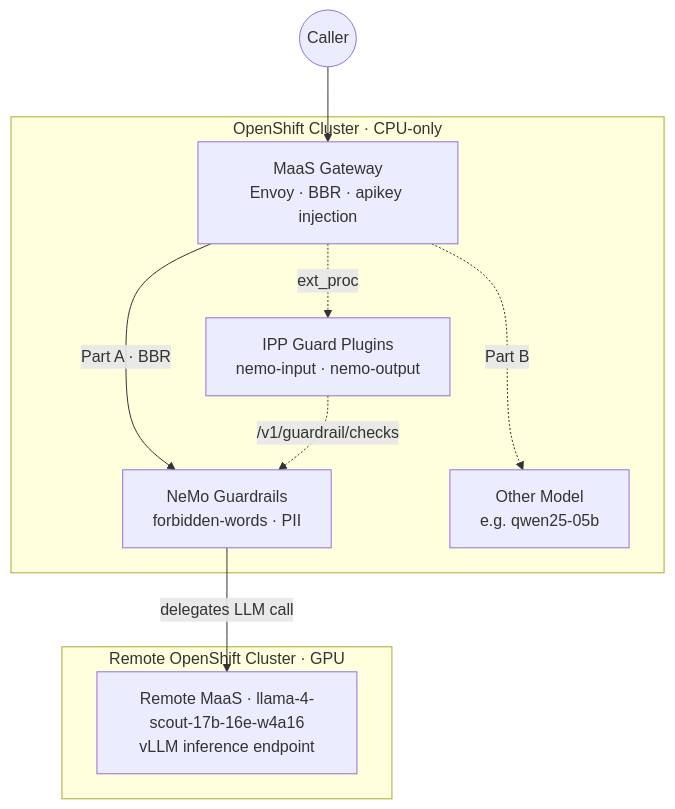
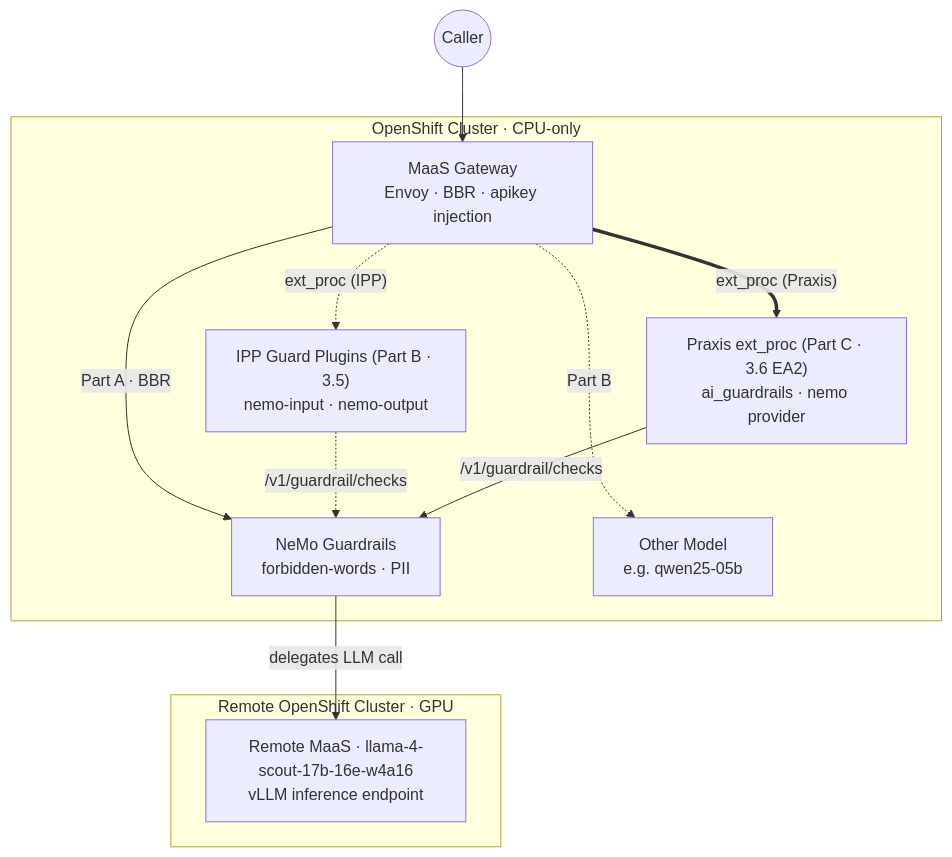
Before and after one commit to eformat/nemo-maas: the diagram in README.md, drawn with Mermaid. The commit also changed other lines of this file, not shown here.

Commit message:
🎯 add praxis-nemo gaurds🎯

````diff
--- a/README.md
+++ b/README.md
@@ -37,23 +37,27 @@
 ```mermaid
 flowchart TD
     caller(("Caller")) --> gateway
 
     subgraph cluster["OpenShift Cluster · CPU-only"]
         gateway["MaaS Gateway<br/>Envoy · BBR · apikey injection"]
-        ipp["IPP Guard Plugins<br/>nemo-input · nemo-output"]
+        ipp["IPP Guard Plugins (Part B · 3.5)<br/>nemo-input · nemo-output"]
+        praxis["Praxis ext_proc (Part C · 3.6 EA2)<br/>ai_guardrails · nemo provider"]
         nemo["NeMo Guardrails<br/>forbidden-words · PII"]
         model["Other Model<br/>e.g. qwen25-05b"]
 
         gateway -- "Part A · BBR" --> nemo
         gateway -. "Part B" .-> model
-        gateway -. "ext_proc" .-> ipp
+        gateway -. "ext_proc (IPP)" .-> ipp
         ipp -. "/v1/guardrail/checks" .-> nemo
         ipp ~~~ model
+        gateway == "ext_proc (Praxis)" ==> praxis
+        praxis -- "/v1/guardrail/checks" --> nemo
+        praxis ~~~ model
     end
 
     subgraph remote_cluster["Remote OpenShift Cluster · GPU"]
         remote["Remote MaaS · llama-4-scout-17b-16e-w4a16<br/>vLLM inference endpoint"]
     end
 
     nemo -- "delegates LLM call" --> remote
 ```
````
